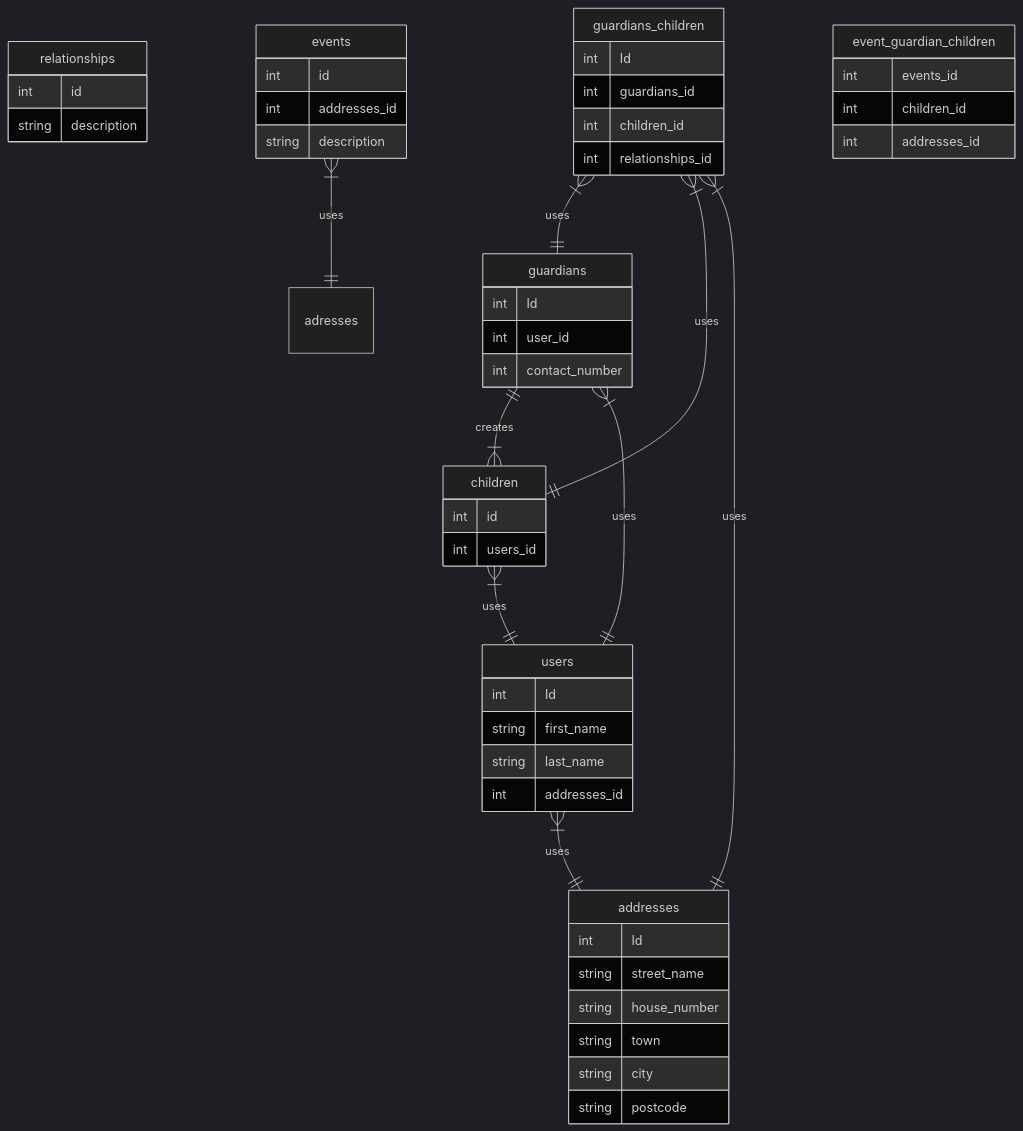
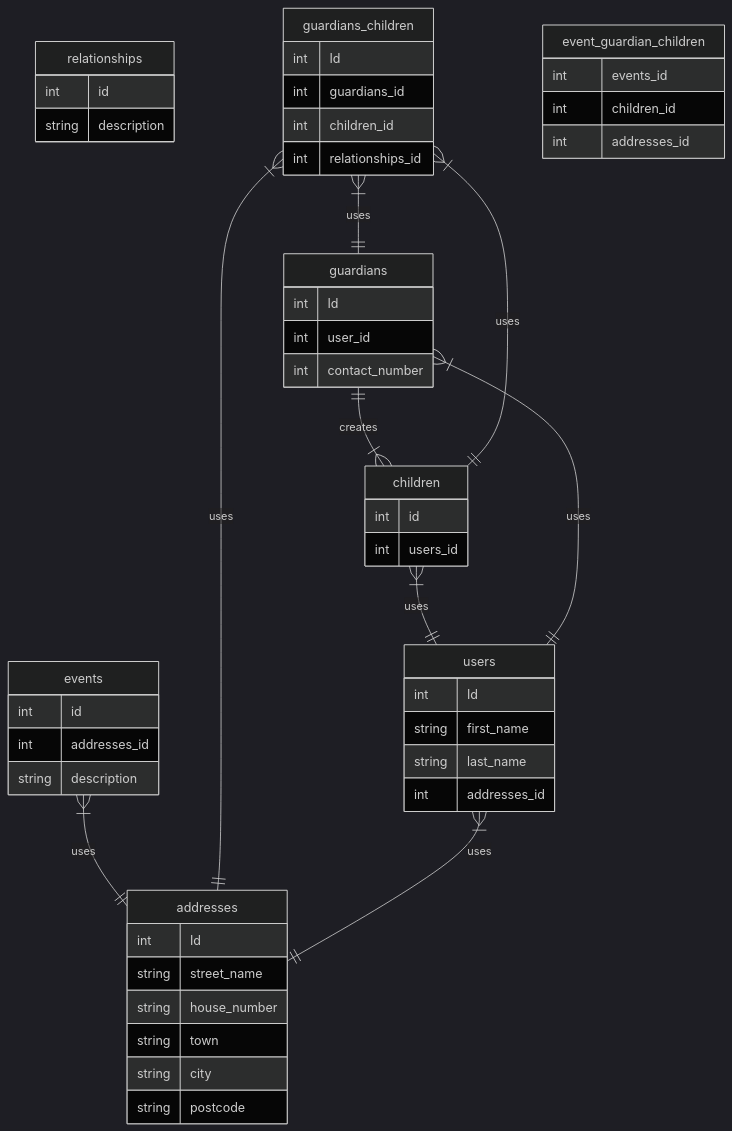
The second of 2 diagrams in README.md (ChrisUno/Childcare), drawn with Mermaid before and after one commit.

````diff
--- a/README.md
+++ b/README.md
@@ -59,59 +59,59 @@
 ``` mermaid
 %%{init: {'theme': 'dark' } }%%
 
 erDiagram
 
     guardians {
         int Id
         int user_id
         int contact_number
     }
     relationships {
         int id
         string description
     }
     children {
         int id
         int users_id
     }
     guardians_children {
         int Id
         int guardians_id
         int children_id
         int relationships_id
     }
     events {
         int id
         int addresses_id
         string description
     }
     event_guardian_children {
         int events_id
         int children_id
         int addresses_id
     }
     addresses {
         int Id
         string street_name
         string house_number
         string town
         string city
         string postcode
     }
     users {
         int Id
         string first_name
         string last_name
         int addresses_id
     }
 
     guardians ||--|{ children: "creates"
     children }|--|| users: "uses"
-    events }|--|| adresses: "uses"
+    events }|--|| addresses: "uses"
     guardians }|--|| users: "uses"
     guardians_children }|--|| guardians: "uses"
     guardians_children }|--|| children: "uses"
     guardians_children }|--|| addresses: "uses"
     users }|--|| addresses: "uses"
 
 ```
````
